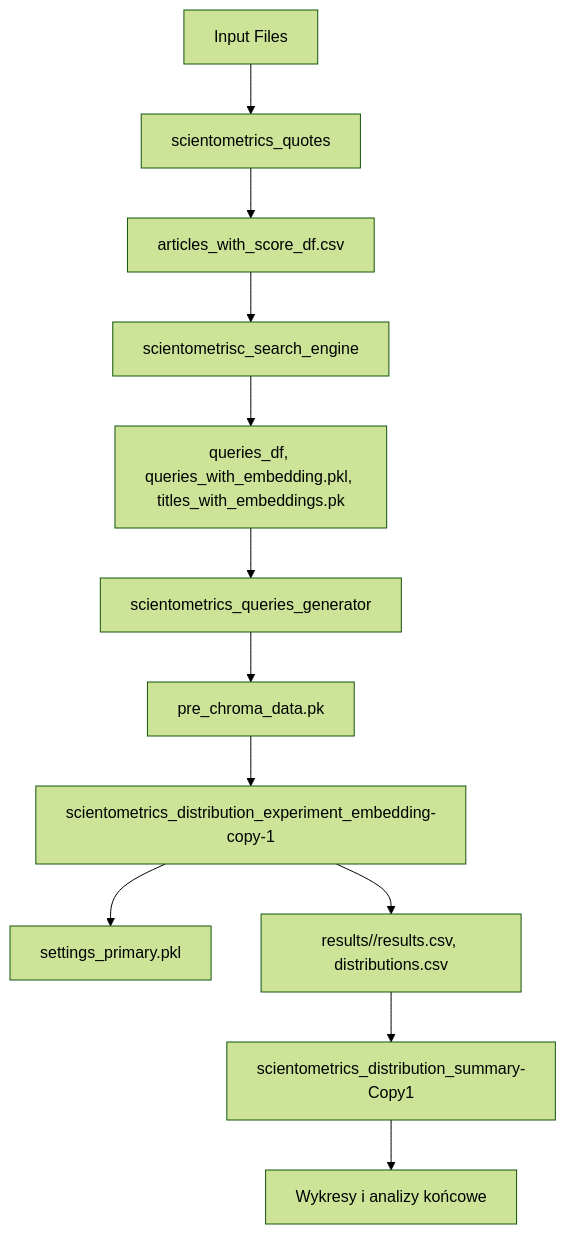
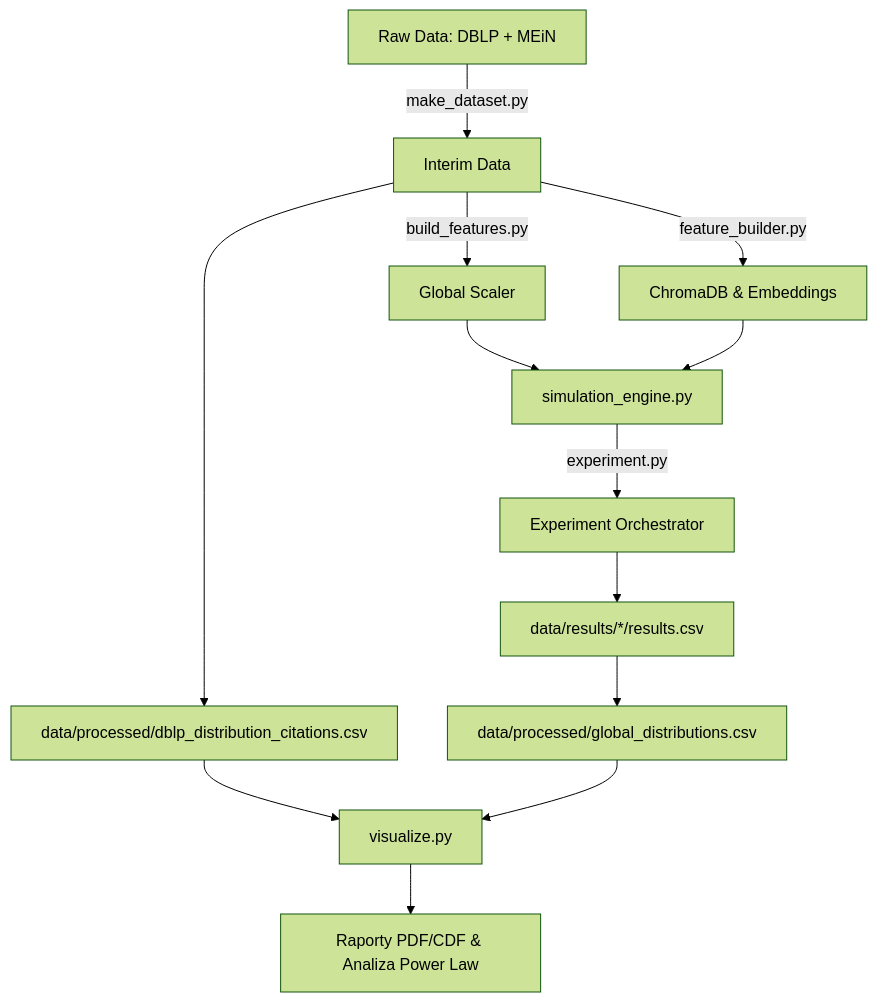
Before and after one commit to kabix09/scientometric_search_engines: the diagram in docs/index.rst, drawn with Mermaid (forest theme). The commit also changed other lines of this file and 13 other files, not shown here.

```diff
--- a/docs/index.rst
+++ b/docs/index.rst
@@ -26,19 +19,22 @@
 .. mermaid::
 
    graph TD
+      A[Raw Data: DBLP + MEiN] -->|make_dataset.py| B[Interim Data]
 
-   A[Input Files] --> B[scientometrics_quotes]
-   B --> B1[articles_with_score_df.csv]
+      %% Ścieżka Empiryczna
+      B --> P1[data/processed/dblp_distribution_citations.csv]
 
-   B1 --> C[scientometrisc_search_engine]
-   C --> C1[queries_df, queries_with_embedding.pkl, titles_with_embeddings.pk]
+      %% Ścieżka Symulacyjna
+      B -->|build_features.py| C[Global Scaler]
+      B -->|feature_builder.py| D[ChromaDB & Embeddings]
 
-   C1 --> D[scientometrics_queries_generator]
-   D --> D1[pre_chroma_data.pk]
+      C --> E[simulation_engine.py]
+      D --> E
 
-   D1 --> E[scientometrics_distribution_experiment_embedding-copy-1]
-   E --> E1[settings_primary.pkl]
-   E --> E2[results/<settings_id>/results.csv, distributions.csv]
+      E -->|experiment.py| F[Experiment Orchestrator]
+      F --> G[data/results/*/results.csv]
+      G --> P2[data/processed/global_distributions.csv]
 
-   E2 --> F[scientometrics_distribution_summary-Copy1]
-   F --> G[Wykresy i analizy końcowe]
+      P1 --> H[visualize.py]
+      P2 --> H
+      H --> I[Raporty PDF/CDF & Analiza Power Law]
```
